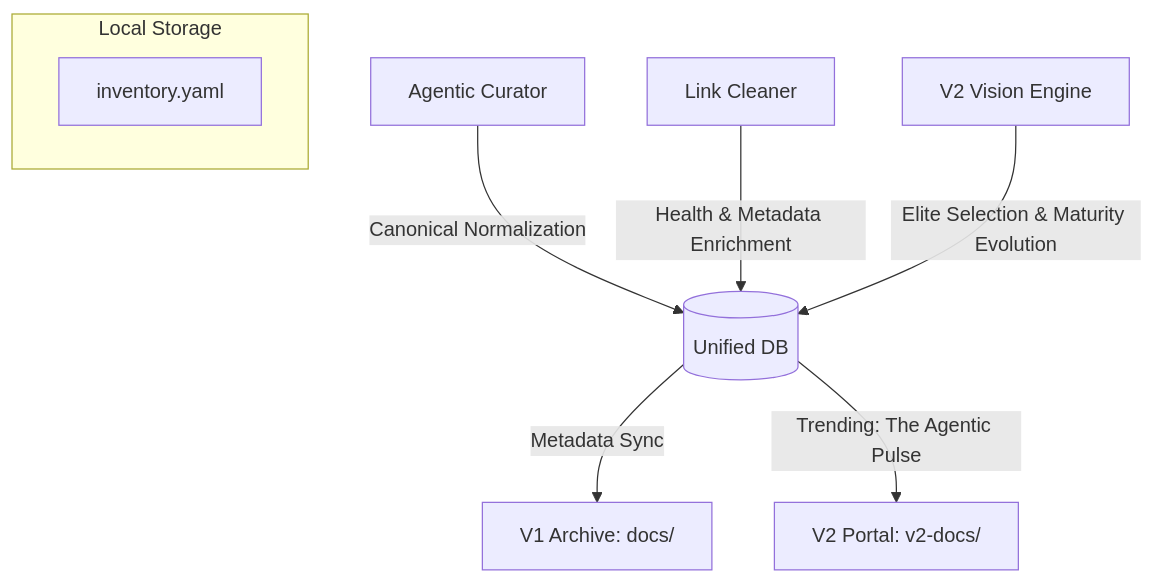
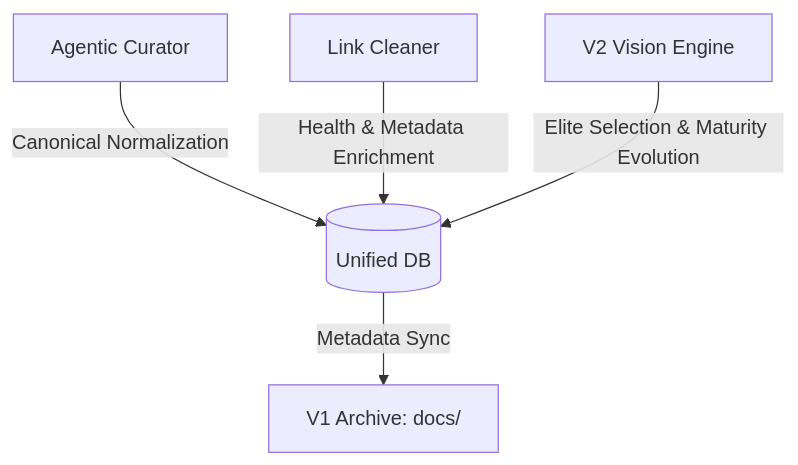
Before and after one commit to nubenetes/awesome-kubernetes: the fourth of 4 diagrams in README.md, drawn with Mermaid. The commit also changed other lines of this file and 2 other files, not shown here.

Commit message:
docs: finalize 2026 high-fidelity documentation, synchronize hierarchical numbering, and restore precision charts

````diff
--- a/README.md
+++ b/README.md
@@ -452,13 +273,7 @@
 ```mermaid
 graph TD
     AC[Agentic Curator] -->|Canonical Normalization| DB[(Unified DB)]
     LC[Link Cleaner] -->|Health & Metadata Enrichment| DB
     V2[V2 Vision Engine] -->|Elite Selection & Maturity Evolution| DB
-    
     DB -->|Metadata Sync| V1[V1 Archive: docs/]
-    DB -->|Trending: The Agentic Pulse| V2P[V2 Portal: v2-docs/]
-    
-    subgraph Local Storage
-        DB1[inventory.yaml]
-    end
 ```
````
